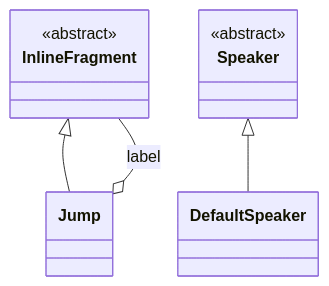
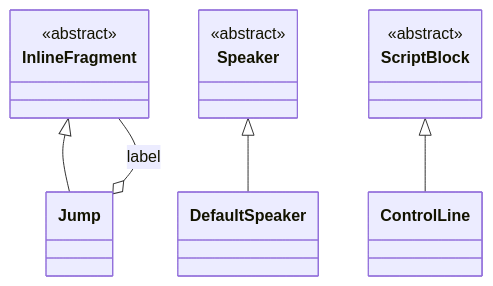
One commit to pengzhengyi/dialoguedown changed the second of 2 diagrams in docs/contributing/design-notes/Desugar.md. Above: the diagram before and after it, drawn with Mermaid. The commit also changed other lines of this file and 2 other files, not shown here.

First line of the commit message:
docs(design): reconcile the Control Line and Desugar notes with the shipped code

````diff
--- a/docs/contributing/design-notes/Desugar.md
+++ b/docs/contributing/design-notes/Desugar.md
@@ -304,14 +336,19 @@
 ```mermaid
 classDiagram
     class InlineFragment {
         <<abstract>>
     }
     class Jump
     class Speaker {
         <<abstract>>
     }
     class DefaultSpeaker
+    class ScriptBlock {
+        <<abstract>>
+    }
+    class ControlLine
     InlineFragment <|-- Jump
     Speaker <|-- DefaultSpeaker
+    ScriptBlock <|-- ControlLine
     Jump o-- InlineFragment : label
 ```
````
